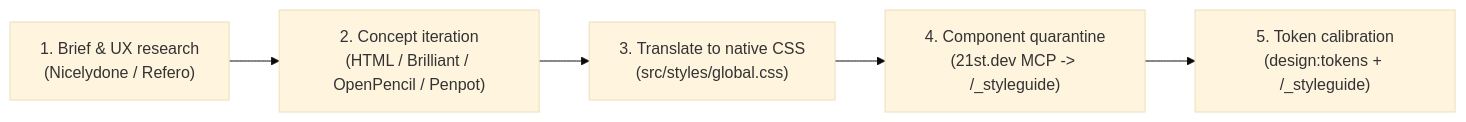
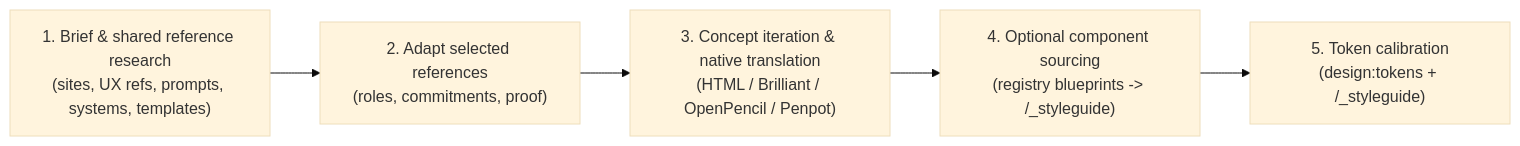
Before and after one commit to Vermeulen-Solutions/baseline: the diagram in docs/design-interchange.md, drawn with Mermaid (base theme). The commit also changed other lines of this file and 10 other files, not shown here.

Commit message:
Route optional design sources through shared research

````diff
--- a/docs/design-interchange.md
+++ b/docs/design-interchange.md
@@ -32,7 +32,7 @@
 ```mermaid
 flowchart LR
-    S1["1. Brief & UX research<br/>(Nicelydone / Refero)"] --> S2["2. Concept iteration<br/>(HTML / Brilliant / OpenPencil / Penpot)"]
-    S2 --> S3["3. Translate to native CSS<br/>(src/styles/global.css)"]
-    S3 --> S4["4. Component quarantine<br/>(21st.dev MCP -> /_styleguide)"]
+    S1["1. Brief & shared reference research<br/>(sites, UX refs, prompts, systems, templates)"] --> S2["2. Adapt selected references<br/>(roles, commitments, proof)"]
+    S2 --> S3["3. Concept iteration & native translation<br/>(HTML / Brilliant / OpenPencil / Penpot)"]
+    S3 --> S4["4. Optional component sourcing<br/>(registry blueprints -> /_styleguide)"]
     S4 --> S5["5. Token calibration<br/>(design:tokens + /_styleguide)"]
 ```
````
